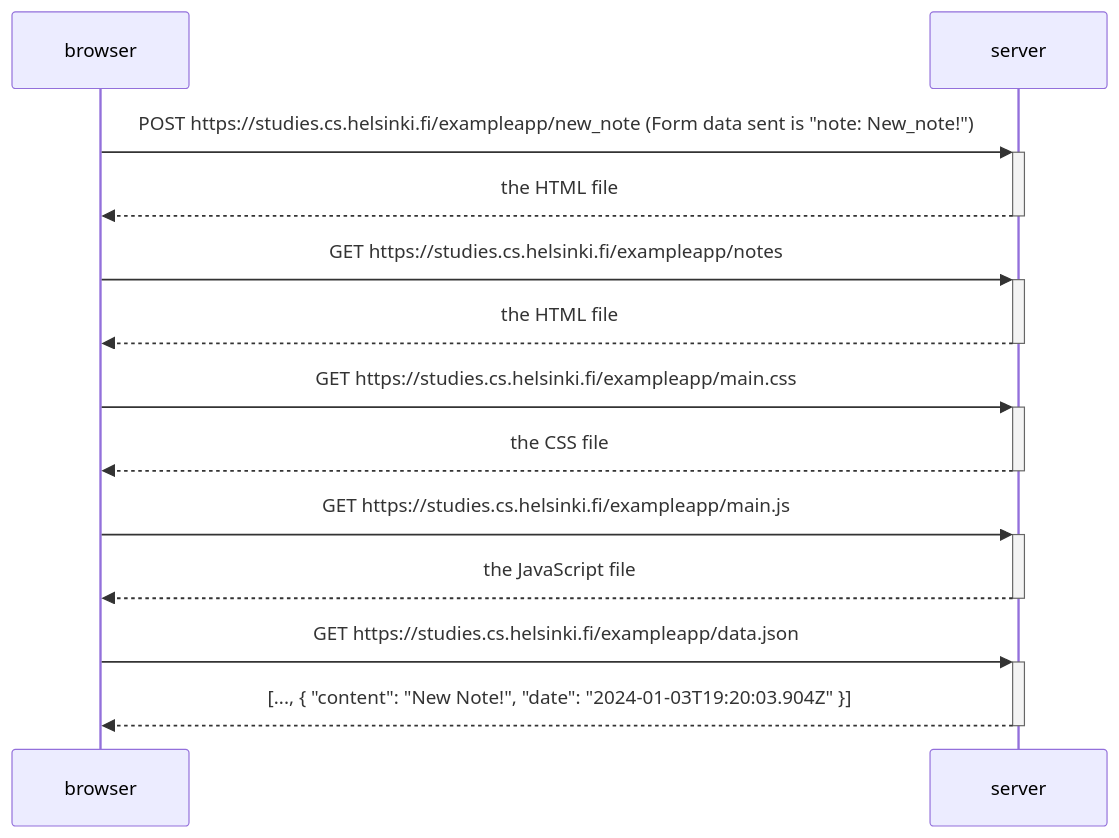
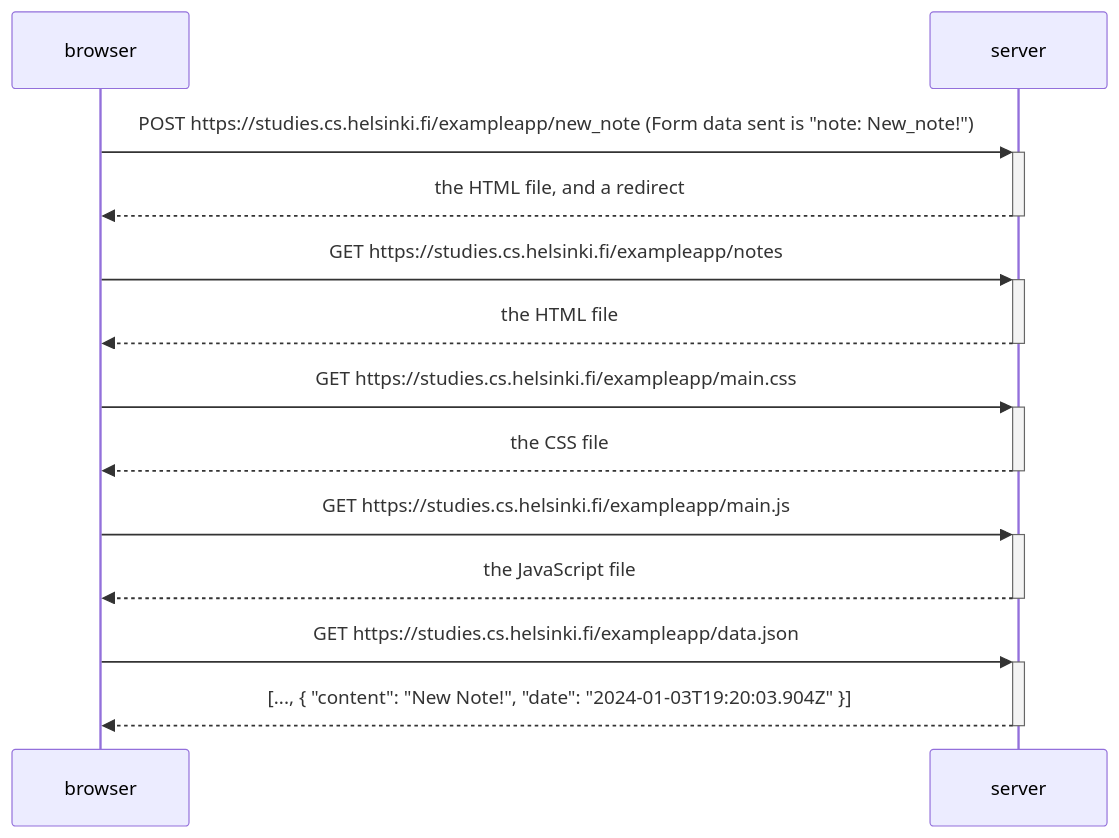
Before and after one commit to pbisaillon/fullstackopen2023: the second of 2 diagrams in part0/new_note.md, drawn with Mermaid. The commit also changed other lines of this file and 3 other files, not shown here.

Commit message:
Added other diagrams

````diff
--- a/part0/new_note.md
+++ b/part0/new_note.md
@@ -6,20 +33,20 @@
 ```mermaid
 sequenceDiagram
     participant browser
     participant server
 
     browser->>+server: POST https://studies.cs.helsinki.fi/exampleapp/new_note  (Form data sent is  "note: New_note!")
-    server-->>-browser: the HTML file
+    server-->>-browser: the HTML file, and a redirect
 
     browser->>+server: GET https://studies.cs.helsinki.fi/exampleapp/notes
     server-->>-browser: the HTML file
 
     browser->>+server: GET https://studies.cs.helsinki.fi/exampleapp/main.css
     server-->>-browser: the CSS file
 
     browser->>+server: GET https://studies.cs.helsinki.fi/exampleapp/main.js
     server-->>-browser: the JavaScript file
 
     browser->>+server: GET https://studies.cs.helsinki.fi/exampleapp/data.json
     server-->>-browser: [..., { "content": "New Note!", "date": "2024-01-03T19:20:03.904Z" }]
 ```
````
